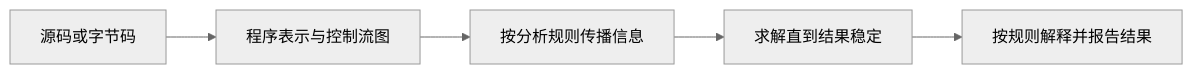
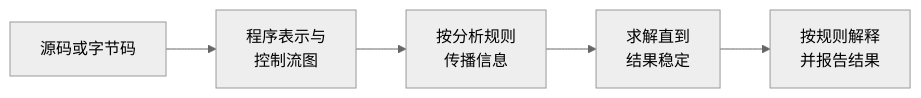
One commit to Scrates1/Scrates1.github.io changed the diagram in src/static-analysis/assets/01-series-1.mmd. Above: the diagram before and after it, drawn with Mermaid (neutral theme). The commit also changed 8 other files, not shown here.

First line of the commit message:
收窄三张中等偏宽的图，正文里少缩一些。

```diff
--- a/src/static-analysis/assets/01-series-1.mmd
+++ b/src/static-analysis/assets/01-series-1.mmd
@@ -1,5 +1,9 @@
 flowchart LR
-  A[源码或字节码] --> B[程序表示与控制流图]
-  B --> C[按分析规则传播信息]
-  C --> D[求解直到结果稳定]
-  D --> E[按规则解释并报告结果]
+  A[源码或字节码] --> B["程序表示与
+控制流图"]
+  B --> C["按分析规则
+传播信息"]
+  C --> D["求解直到
+结果稳定"]
+  D --> E["按规则解释
+并报告结果"]
```
